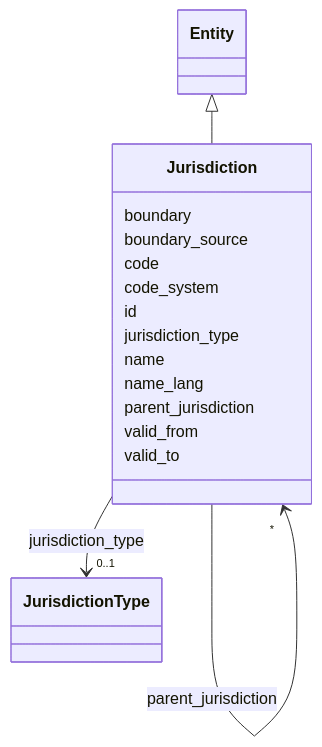
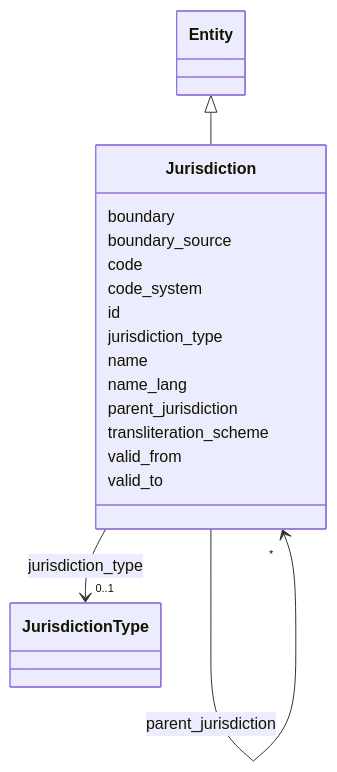
The diagram in ontology/generated/docs/classes/Jurisdiction.md (SteveVitali/Eleutheria), drawn with Mermaid before and after one commit. The commit also changed other lines of this file and 28 other files, not shown here.

````diff
--- a/ontology/generated/docs/classes/Jurisdiction.md
+++ b/ontology/generated/docs/classes/Jurisdiction.md
@@ -23,49 +23,51 @@
 ```mermaid
  classDiagram
     class Jurisdiction
     click Jurisdiction href "../../classes/Jurisdiction/"
       Entity <|-- Jurisdiction
         click Entity href "../../classes/Entity/"
       
       Jurisdiction : boundary
         
       Jurisdiction : boundary_source
         
       Jurisdiction : code
         
       Jurisdiction : code_system
         
       Jurisdiction : id
         
       Jurisdiction : jurisdiction_type
         
           
     
         
         
         Jurisdiction --> "0..1" JurisdictionType : jurisdiction_type
         click JurisdictionType href "../../enums/JurisdictionType/"
     
 
         
       Jurisdiction : name
         
       Jurisdiction : name_lang
         
       Jurisdiction : parent_jurisdiction
         
           
     
         
         
         Jurisdiction --> "*" Jurisdiction : parent_jurisdiction
         click Jurisdiction href "../../classes/Jurisdiction/"
     
 
         
+      Jurisdiction : transliteration_scheme
+        
       Jurisdiction : valid_from
         
       Jurisdiction : valid_to
         
       
 ```
````
